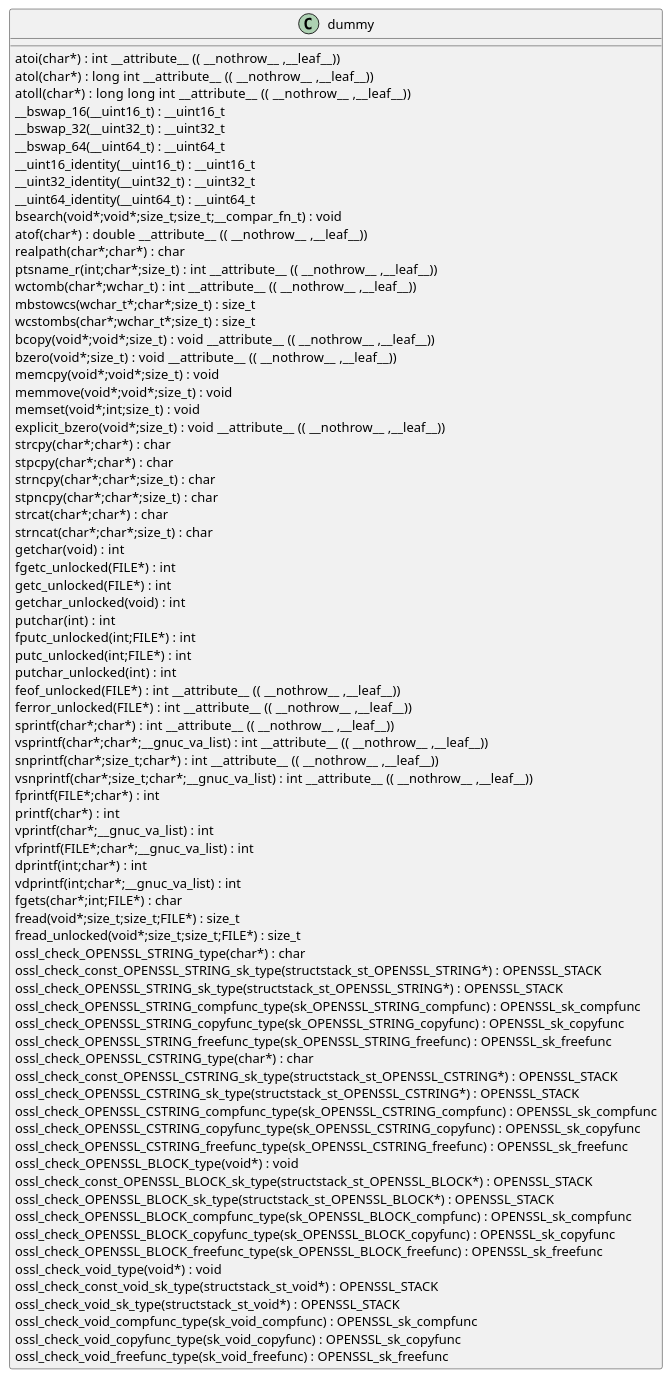
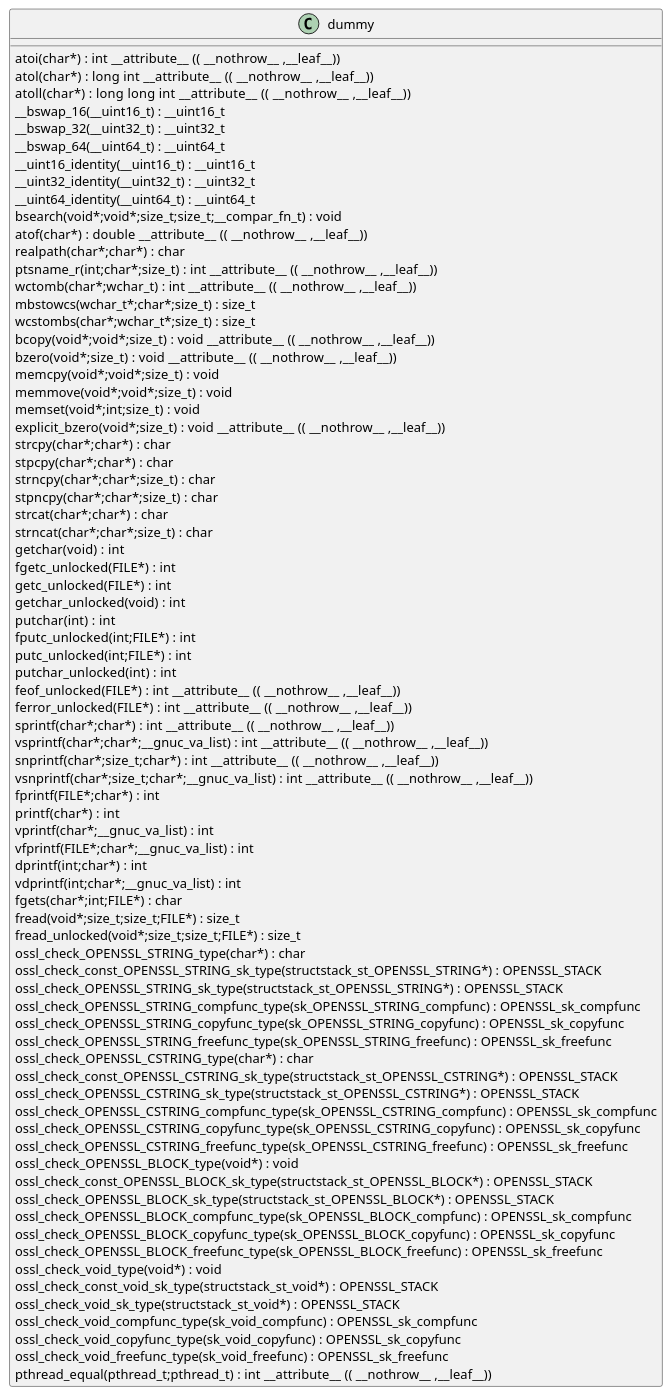
One commit to qualitesys/openssl changed the diagram in docs/qc/crypto/packet.c.puml. Above: the diagram before and after it, drawn with PlantUML. The commit also changed 4989 other files, not shown here.

```diff
--- a/docs/qc/crypto/packet.c.puml
+++ b/docs/qc/crypto/packet.c.puml
@@ -1,80 +1,81 @@
 @startuml
 !pragma layout smetana
 class dummy {
 atoi(char*) :  int  __attribute__ (( __nothrow__ ,__leaf__)) [[[./../.././qc/crypto/packet.c.html#173]]]
 atol(char*) :  long  int  __attribute__ (( __nothrow__ ,__leaf__)) [[[./../.././qc/crypto/packet.c.html#178]]]
 atoll(char*) :  long  long  int  __attribute__ (( __nothrow__ ,__leaf__)) [[[./../.././qc/crypto/packet.c.html#185]]]
 __bswap_16(__uint16_t) : __uint16_t [[[./../.././qc/crypto/packet.c.html#485]]]
 __bswap_32(__uint32_t) : __uint32_t [[[./../.././qc/crypto/packet.c.html#500]]]
 __bswap_64(__uint64_t) : __uint64_t [[[./../.././qc/crypto/packet.c.html#510]]]
 __uint16_identity(__uint16_t) : __uint16_t [[[./../.././qc/crypto/packet.c.html#522]]]
 __uint32_identity(__uint32_t) : __uint32_t [[[./../.././qc/crypto/packet.c.html#528]]]
 __uint64_identity(__uint64_t) : __uint64_t [[[./../.././qc/crypto/packet.c.html#534]]]
 bsearch(void*;void*;size_t;size_t;__compar_fn_t) :  void  [[[./../.././qc/crypto/packet.c.html#1202]]]
 atof(char*) :  double  __attribute__ (( __nothrow__ ,__leaf__)) [[[./../.././qc/crypto/packet.c.html#1]]]
 realpath(char*;char*) :  char  [[[./../.././qc/crypto/packet.c.html#1]]]
 ptsname_r(int;char*;size_t) :  int  __attribute__ (( __nothrow__ ,__leaf__)) [[[./../.././qc/crypto/packet.c.html#1]]]
 wctomb(char*;wchar_t) :  int  __attribute__ (( __nothrow__ ,__leaf__)) [[[./../.././qc/crypto/packet.c.html#1]]]
 mbstowcs(wchar_t*;char*;size_t) : size_t [[[./../.././qc/crypto/packet.c.html#1]]]
 wcstombs(char*;wchar_t*;size_t) : size_t [[[./../.././qc/crypto/packet.c.html#1]]]
 bcopy(void*;void*;size_t) :  void  __attribute__ (( __nothrow__ ,__leaf__)) [[[./../.././qc/crypto/packet.c.html#1]]]
 bzero(void*;size_t) :  void  __attribute__ (( __nothrow__ ,__leaf__)) [[[./../.././qc/crypto/packet.c.html#1]]]
 memcpy(void*;void*;size_t) :  void  [[[./../.././qc/crypto/packet.c.html#1]]]
 memmove(void*;void*;size_t) :  void  [[[./../.././qc/crypto/packet.c.html#1]]]
 memset(void*;int;size_t) :  void  [[[./../.././qc/crypto/packet.c.html#1]]]
 explicit_bzero(void*;size_t) :  void  __attribute__ (( __nothrow__ ,__leaf__)) [[[./../.././qc/crypto/packet.c.html#1]]]
 strcpy(char*;char*) :  char  [[[./../.././qc/crypto/packet.c.html#1]]]
 stpcpy(char*;char*) :  char  [[[./../.././qc/crypto/packet.c.html#1]]]
 strncpy(char*;char*;size_t) :  char  [[[./../.././qc/crypto/packet.c.html#1]]]
 stpncpy(char*;char*;size_t) :  char  [[[./../.././qc/crypto/packet.c.html#1]]]
 strcat(char*;char*) :  char  [[[./../.././qc/crypto/packet.c.html#1]]]
 strncat(char*;char*;size_t) :  char  [[[./../.././qc/crypto/packet.c.html#1]]]
 getchar(void) :  int  [[[./../.././qc/crypto/packet.c.html#1]]]
 fgetc_unlocked(FILE*) :  int  [[[./../.././qc/crypto/packet.c.html#1]]]
 getc_unlocked(FILE*) :  int  [[[./../.././qc/crypto/packet.c.html#1]]]
 getchar_unlocked(void) :  int  [[[./../.././qc/crypto/packet.c.html#1]]]
 putchar(int) :  int  [[[./../.././qc/crypto/packet.c.html#1]]]
 fputc_unlocked(int;FILE*) :  int  [[[./../.././qc/crypto/packet.c.html#1]]]
 putc_unlocked(int;FILE*) :  int  [[[./../.././qc/crypto/packet.c.html#1]]]
 putchar_unlocked(int) :  int  [[[./../.././qc/crypto/packet.c.html#1]]]
 feof_unlocked(FILE*) :  int  __attribute__ (( __nothrow__ ,__leaf__)) [[[./../.././qc/crypto/packet.c.html#1]]]
 ferror_unlocked(FILE*) :  int  __attribute__ (( __nothrow__ ,__leaf__)) [[[./../.././qc/crypto/packet.c.html#1]]]
 sprintf(char*;char*) :  int  __attribute__ (( __nothrow__ ,__leaf__)) [[[./../.././qc/crypto/packet.c.html#1]]]
 vsprintf(char*;char*;__gnuc_va_list) :  int  __attribute__ (( __nothrow__ ,__leaf__)) [[[./../.././qc/crypto/packet.c.html#1]]]
 snprintf(char*;size_t;char*) :  int  __attribute__ (( __nothrow__ ,__leaf__)) [[[./../.././qc/crypto/packet.c.html#1]]]
 vsnprintf(char*;size_t;char*;__gnuc_va_list) :  int  __attribute__ (( __nothrow__ ,__leaf__)) [[[./../.././qc/crypto/packet.c.html#1]]]
 fprintf(FILE*;char*) :  int  [[[./../.././qc/crypto/packet.c.html#1]]]
 printf(char*) :  int  [[[./../.././qc/crypto/packet.c.html#1]]]
 vprintf(char*;__gnuc_va_list) :  int  [[[./../.././qc/crypto/packet.c.html#1]]]
 vfprintf(FILE*;char*;__gnuc_va_list) :  int  [[[./../.././qc/crypto/packet.c.html#1]]]
 dprintf(int;char*) :  int  [[[./../.././qc/crypto/packet.c.html#1]]]
 vdprintf(int;char*;__gnuc_va_list) :  int  [[[./../.././qc/crypto/packet.c.html#1]]]
 fgets(char*;int;FILE*) :  char  [[[./../.././qc/crypto/packet.c.html#1]]]
 fread(void*;size_t;size_t;FILE*) : size_t [[[./../.././qc/crypto/packet.c.html#1]]]
 fread_unlocked(void*;size_t;size_t;FILE*) : size_t [[[./../.././qc/crypto/packet.c.html#1]]]
 ossl_check_OPENSSL_STRING_type(char*) :  char  [[[./../.././qc/crypto/packet.c.html#1]]]
 ossl_check_const_OPENSSL_STRING_sk_type(structstack_st_OPENSSL_STRING*) : OPENSSL_STACK [[[./../.././qc/crypto/packet.c.html#1]]]
 ossl_check_OPENSSL_STRING_sk_type(structstack_st_OPENSSL_STRING*) : OPENSSL_STACK [[[./../.././qc/crypto/packet.c.html#1]]]
 ossl_check_OPENSSL_STRING_compfunc_type(sk_OPENSSL_STRING_compfunc) : OPENSSL_sk_compfunc [[[./../.././qc/crypto/packet.c.html#1]]]
 ossl_check_OPENSSL_STRING_copyfunc_type(sk_OPENSSL_STRING_copyfunc) : OPENSSL_sk_copyfunc [[[./../.././qc/crypto/packet.c.html#1]]]
 ossl_check_OPENSSL_STRING_freefunc_type(sk_OPENSSL_STRING_freefunc) : OPENSSL_sk_freefunc [[[./../.././qc/crypto/packet.c.html#1]]]
 ossl_check_OPENSSL_CSTRING_type(char*) :  char  [[[./../.././qc/crypto/packet.c.html#1]]]
 ossl_check_const_OPENSSL_CSTRING_sk_type(structstack_st_OPENSSL_CSTRING*) : OPENSSL_STACK [[[./../.././qc/crypto/packet.c.html#1]]]
 ossl_check_OPENSSL_CSTRING_sk_type(structstack_st_OPENSSL_CSTRING*) : OPENSSL_STACK [[[./../.././qc/crypto/packet.c.html#1]]]
 ossl_check_OPENSSL_CSTRING_compfunc_type(sk_OPENSSL_CSTRING_compfunc) : OPENSSL_sk_compfunc [[[./../.././qc/crypto/packet.c.html#1]]]
 ossl_check_OPENSSL_CSTRING_copyfunc_type(sk_OPENSSL_CSTRING_copyfunc) : OPENSSL_sk_copyfunc [[[./../.././qc/crypto/packet.c.html#1]]]
 ossl_check_OPENSSL_CSTRING_freefunc_type(sk_OPENSSL_CSTRING_freefunc) : OPENSSL_sk_freefunc [[[./../.././qc/crypto/packet.c.html#1]]]
 ossl_check_OPENSSL_BLOCK_type(void*) :  void  [[[./../.././qc/crypto/packet.c.html#1]]]
 ossl_check_const_OPENSSL_BLOCK_sk_type(structstack_st_OPENSSL_BLOCK*) : OPENSSL_STACK [[[./../.././qc/crypto/packet.c.html#1]]]
 ossl_check_OPENSSL_BLOCK_sk_type(structstack_st_OPENSSL_BLOCK*) : OPENSSL_STACK [[[./../.././qc/crypto/packet.c.html#1]]]
 ossl_check_OPENSSL_BLOCK_compfunc_type(sk_OPENSSL_BLOCK_compfunc) : OPENSSL_sk_compfunc [[[./../.././qc/crypto/packet.c.html#1]]]
 ossl_check_OPENSSL_BLOCK_copyfunc_type(sk_OPENSSL_BLOCK_copyfunc) : OPENSSL_sk_copyfunc [[[./../.././qc/crypto/packet.c.html#1]]]
 ossl_check_OPENSSL_BLOCK_freefunc_type(sk_OPENSSL_BLOCK_freefunc) : OPENSSL_sk_freefunc [[[./../.././qc/crypto/packet.c.html#1]]]
 ossl_check_void_type(void*) :  void  [[[./../.././qc/crypto/packet.c.html#1]]]
 ossl_check_const_void_sk_type(structstack_st_void*) : OPENSSL_STACK [[[./../.././qc/crypto/packet.c.html#1]]]
 ossl_check_void_sk_type(structstack_st_void*) : OPENSSL_STACK [[[./../.././qc/crypto/packet.c.html#1]]]
 ossl_check_void_compfunc_type(sk_void_compfunc) : OPENSSL_sk_compfunc [[[./../.././qc/crypto/packet.c.html#1]]]
 ossl_check_void_copyfunc_type(sk_void_copyfunc) : OPENSSL_sk_copyfunc [[[./../.././qc/crypto/packet.c.html#1]]]
 ossl_check_void_freefunc_type(sk_void_freefunc) : OPENSSL_sk_freefunc [[[./../.././qc/crypto/packet.c.html#1]]]
+pthread_equal(pthread_t;pthread_t) :  int  __attribute__ (( __nothrow__ ,__leaf__)) [[[./../.././qc/crypto/packet.c.html#1]]]
 } 
 @enduml
```
